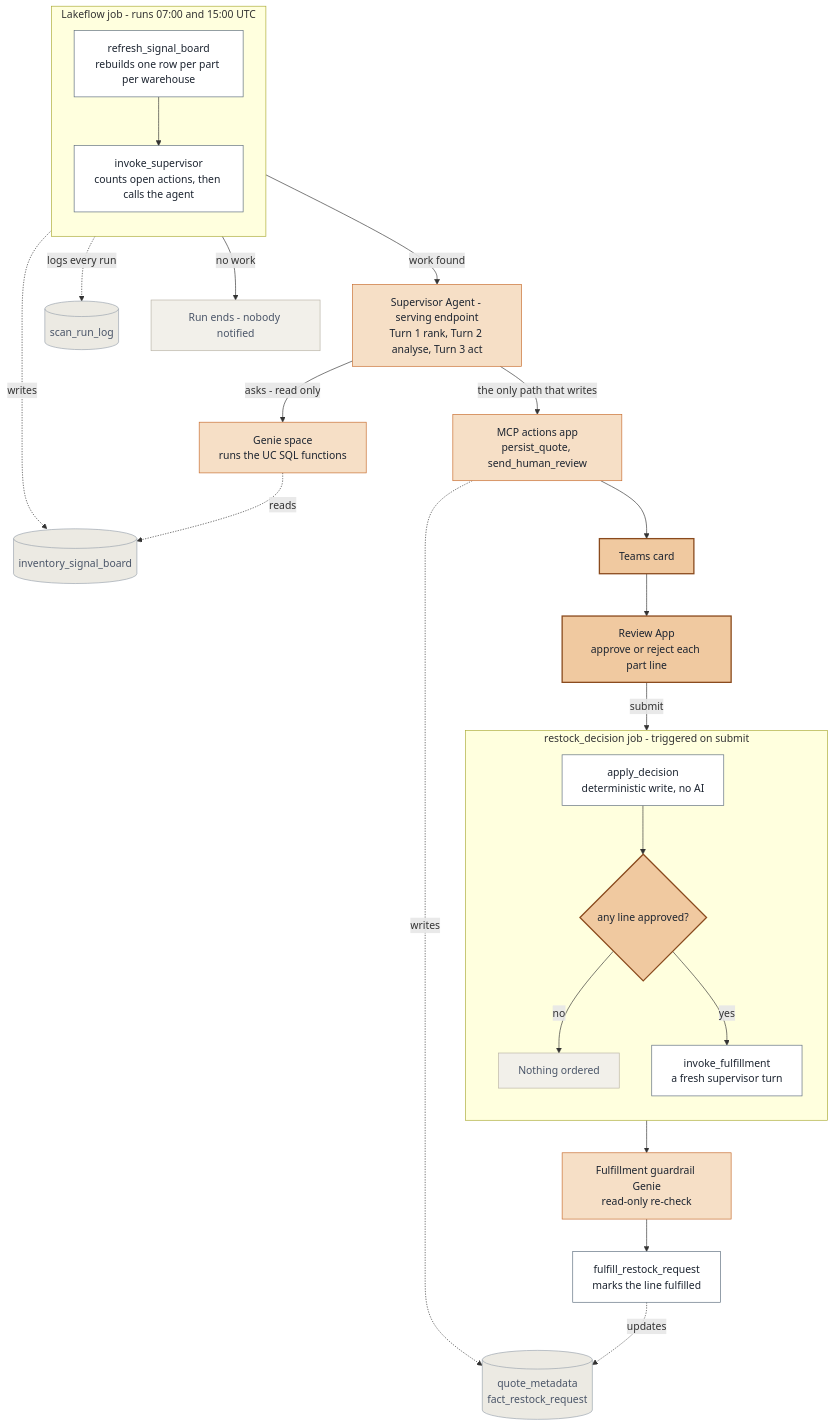
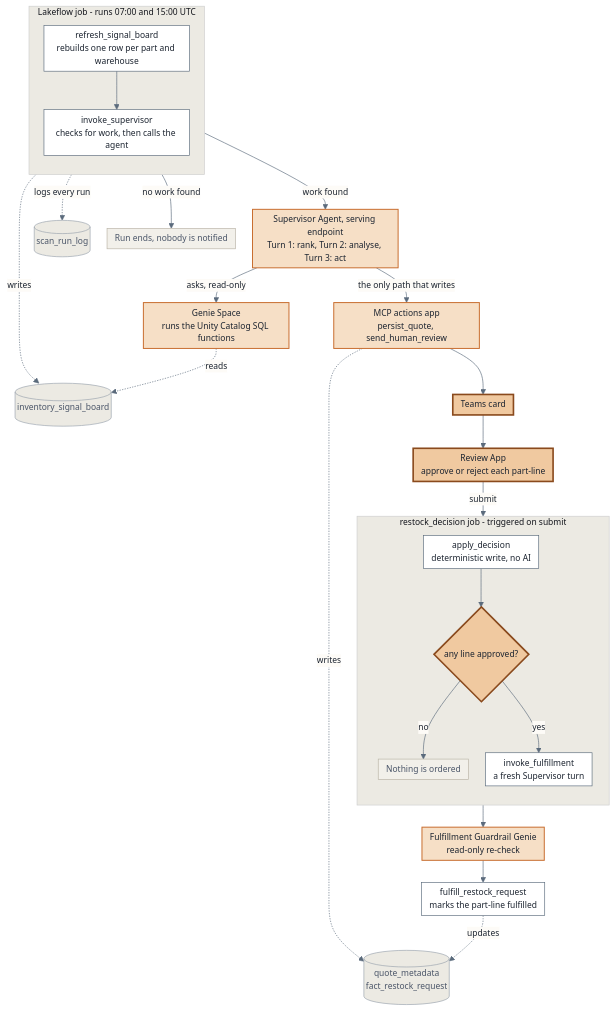
Before and after one commit to anurag-foc/restock_agent: the diagram in docs/end_to_end_walkthrough.md, drawn with Mermaid. The commit also changed other lines of this file and 15 other files, not shown here.

````diff
--- a/docs/end_to_end_walkthrough.md
+++ b/docs/end_to_end_walkthrough.md
@@ -27,51 +27,52 @@
 ```mermaid
+%%{init: {"theme":"base","flowchart":{"useMaxWidth":true,"nodeSpacing":26,"rankSpacing":34,"padding":6,"curve":"basis"},"themeVariables":{"background":"#fdfbf7","primaryColor":"#ffffff","primaryTextColor":"#1c2430","primaryBorderColor":"#5b6b7c","secondaryColor":"#f6dfc6","tertiaryColor":"#eceae3","lineColor":"#5b6b7c","textColor":"#1c2430","nodeTextColor":"#1c2430","edgeLabelBackground":"#fdfbf7","fontSize":"13px"}}}%%
 flowchart TD
     subgraph JOB1["Lakeflow job - runs 07:00 and 15:00 UTC"]
         direction TB
-        A["refresh_signal_board<br/>rebuilds one row per part per warehouse"]
-        B["invoke_supervisor<br/>counts open actions, then calls the agent"]
+        A["refresh_signal_board<br/>rebuilds one row per part and warehouse"]
+        B["invoke_supervisor<br/>checks for work, then calls the agent"]
         A --> B
     end
 
     A -. writes .-> BOARD[("inventory_signal_board")]
     B -. logs every run .-> LOG[("scan_run_log")]
 
-    B -->|"no work"| NOOP["Run ends - nobody notified"]
-    B -->|"work found"| SUP["Supervisor Agent - serving endpoint<br/>Turn 1 rank, Turn 2 analyse, Turn 3 act"]
+    B -->|"no work found"| NOOP["Run ends, nobody is notified"]
+    B -->|"work found"| SUP["Supervisor Agent, serving endpoint<br/>Turn 1: rank, Turn 2: analyse, Turn 3: act"]
 
-    SUP -->|"asks - read only"| GENIE["Genie space<br/>runs the UC SQL functions"]
+    SUP -->|"asks, read-only"| GENIE["Genie Space<br/>runs the Unity Catalog SQL functions"]
     GENIE -. reads .-> BOARD
     SUP -->|"the only path that writes"| MCP["MCP actions app<br/>persist_quote, send_human_review"]
     MCP -. writes .-> QUOTE[("quote_metadata<br/>fact_restock_request")]
     MCP --> TEAMS["Teams card"]
 
-    TEAMS --> APP["Review App<br/>approve or reject each part line"]
+    TEAMS --> APP["Review App<br/>approve or reject each part-line"]
 
     subgraph JOB2["restock_decision job - triggered on submit"]
         direction TB
         C["apply_decision<br/>deterministic write, no AI"]
         D{"any line approved?"}
-        NONE["Nothing ordered"]
-        E["invoke_fulfillment<br/>a fresh supervisor turn"]
+        NONE["Nothing is ordered"]
+        E["invoke_fulfillment<br/>a fresh Supervisor turn"]
         C --> D
         D -->|"no"| NONE
         D -->|"yes"| E
     end
 
     APP -->|"submit"| C
 
-    E --> GUARD["Fulfillment guardrail Genie<br/>read-only re-check"]
-    GUARD --> FUL["fulfill_restock_request<br/>marks the line fulfilled"]
+    E --> GUARD["Fulfillment Guardrail Genie<br/>read-only re-check"]
+    GUARD --> FUL["fulfill_restock_request<br/>marks the part-line fulfilled"]
     FUL -. updates .-> QUOTE
 
-    classDef task fill:#ffffff,stroke:#5b6b7c,color:#1c2430
-    classDef ai fill:#f6dfc6,stroke:#c76b2c,color:#1c2430
-    classDef human fill:#f0c9a0,stroke:#8a4a1d,stroke-width:2px,color:#1c2430
-    classDef data fill:#eceae3,stroke:#9aa3ad,color:#4a5568
-    classDef quiet fill:#f2f0ea,stroke:#b9b3a6,color:#4a5568
+    classDef task fill:#ffffff,stroke:#5b6b7c,stroke-width:1px,color:#1c2430
+    classDef ai fill:#f6dfc6,stroke:#c76b2c,stroke-width:1.5px,color:#1c2430
+    classDef human fill:#f0c9a0,stroke:#8a4a1d,stroke-width:2.5px,color:#1c2430
+    classDef data fill:#eceae3,stroke:#9aa3ad,stroke-width:1px,color:#4a5568
+    classDef quiet fill:#f2f0ea,stroke:#b9b3a6,stroke-width:1px,color:#4a5568
     class A,B,C,E,FUL task
     class SUP,GENIE,MCP,GUARD ai
     class D,APP,TEAMS human
     class BOARD,LOG,QUOTE data
     class NOOP,NONE quiet
 ```
````
